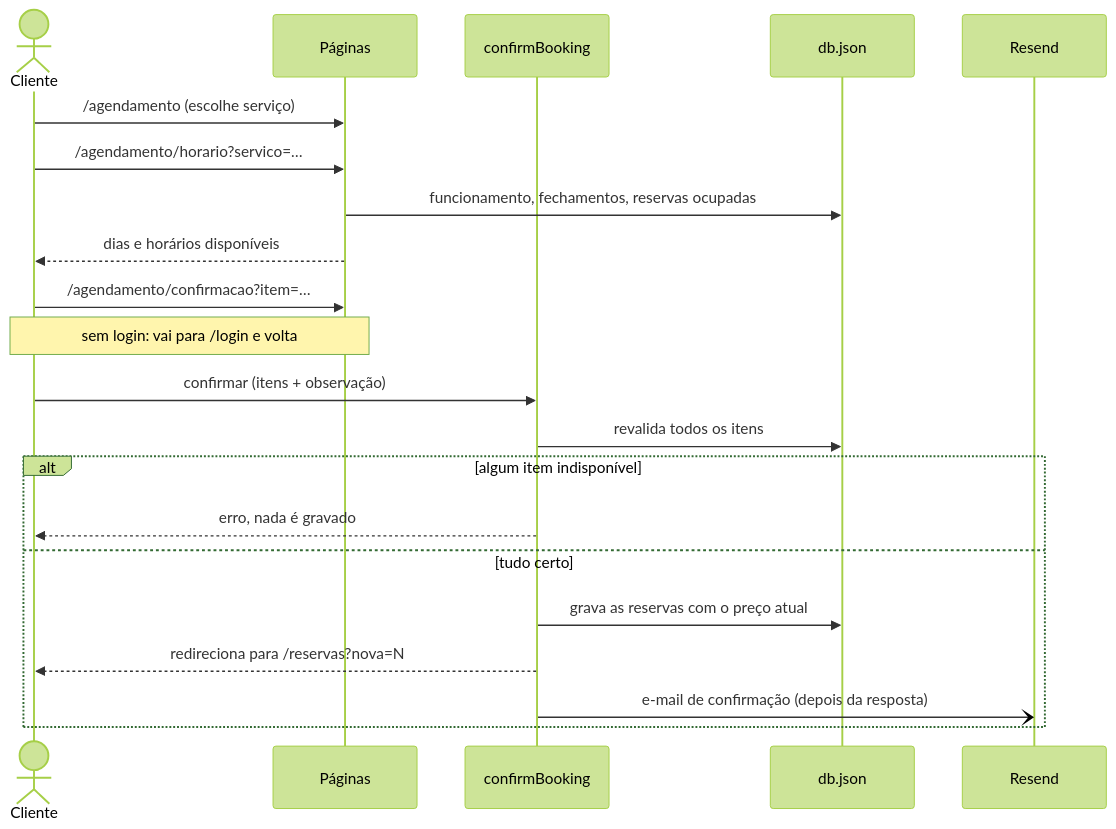
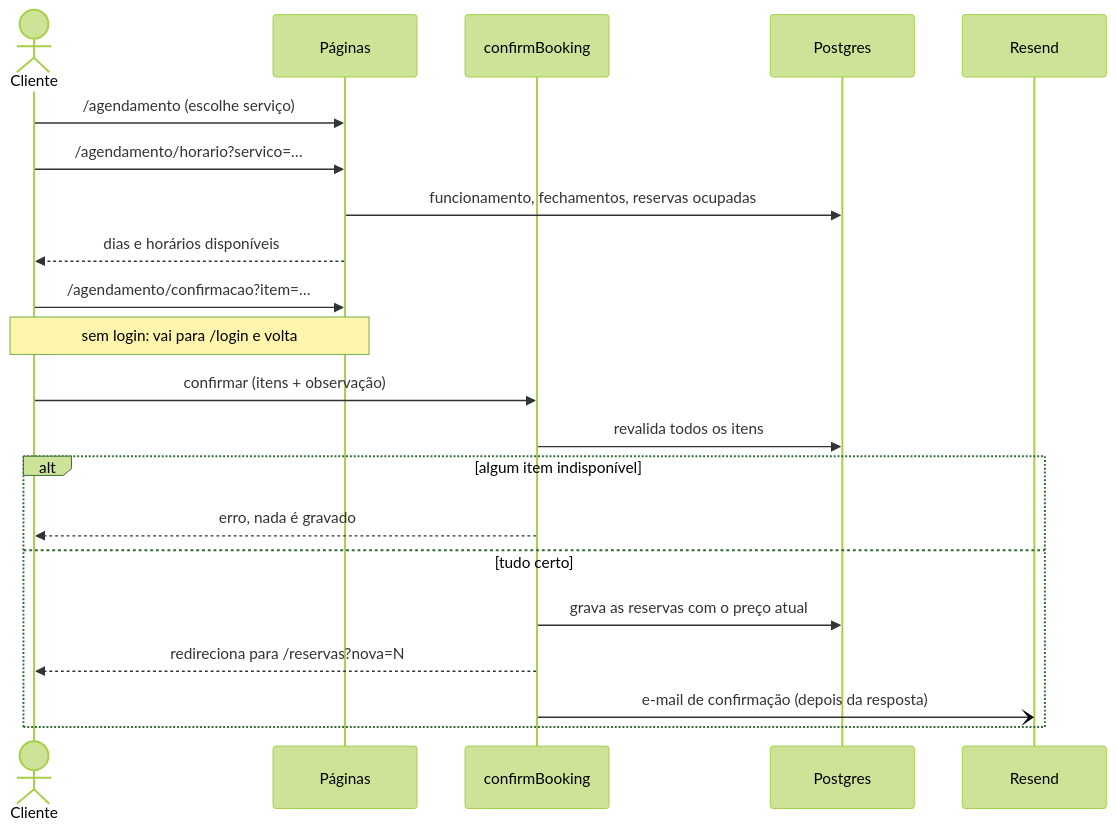
The third of 4 diagrams in app/doc/MAPEAMENTO_SISTEMAS.md (vagnerzezo/shm), drawn with Mermaid (forest theme) before and after one commit. The commit also changed other lines of this file and 14 other files, not shown here.

````diff
--- a/app/doc/MAPEAMENTO_SISTEMAS.md
+++ b/app/doc/MAPEAMENTO_SISTEMAS.md
@@ -404,23 +406,23 @@
 ```mermaid
 sequenceDiagram
   actor U as Cliente
   participant W as Páginas
   participant S as confirmBooking
-  participant DB as db.json
+  participant DB as Postgres
   participant R as Resend
   U->>W: /agendamento (escolhe serviço)
   U->>W: /agendamento/horario?servico=…
   W->>DB: funcionamento, fechamentos, reservas ocupadas
   W-->>U: dias e horários disponíveis
   U->>W: /agendamento/confirmacao?item=…
   Note over U,W: sem login: vai para /login e volta
   U->>S: confirmar (itens + observação)
   S->>DB: revalida todos os itens
   alt algum item indisponível
     S-->>U: erro, nada é gravado
   else tudo certo
     S->>DB: grava as reservas com o preço atual
     S-->>U: redireciona para /reservas?nova=N
     S-)R: e-mail de confirmação (depois da resposta)
   end
 ```
````
